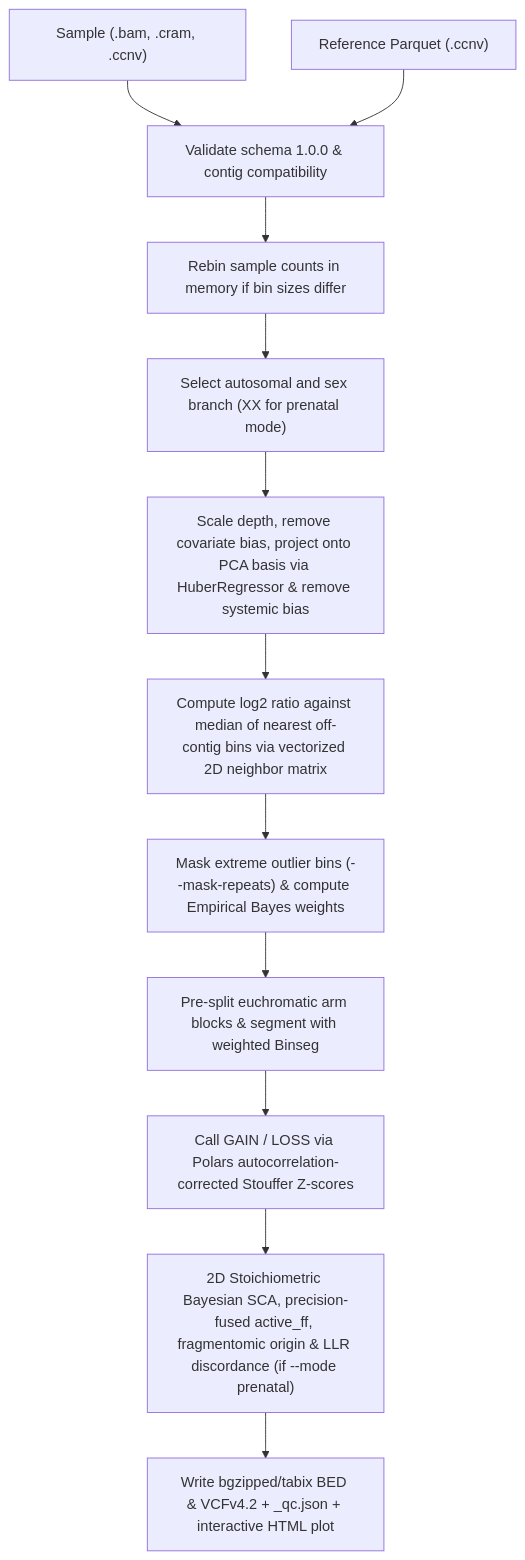
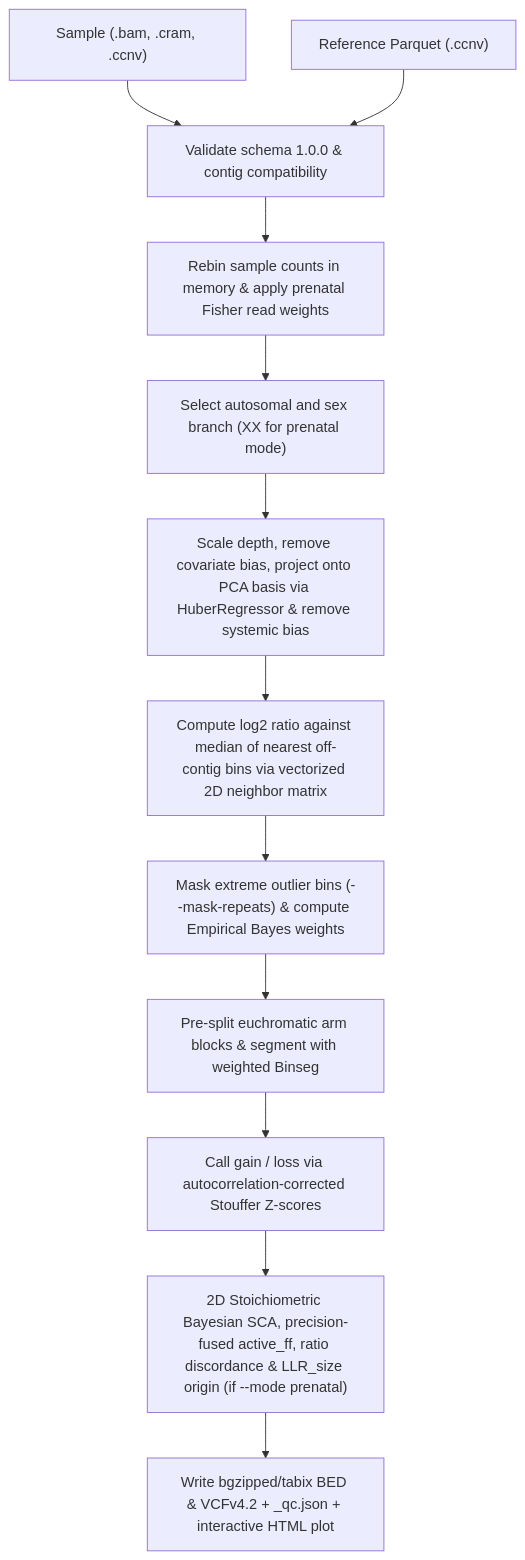
The fourth of 4 diagrams in docs/pipeline.md (matthdsm/ccnv), drawn with Mermaid before and after one commit. The commit also changed other lines of this file and 19 other files, not shown here.

````diff
--- a/docs/pipeline.md
+++ b/docs/pipeline.md
@@ -93,14 +95,14 @@
 ```mermaid
 flowchart TD
     InSample["Sample (.bam, .cram, .ccnv)"] --> LoadCompat["Validate schema 1.0.0 & contig compatibility"]
     InRef["Reference Parquet (<reference>.ccnv)"] --> LoadCompat
-    LoadCompat --> RebinCheck["Rebin sample counts in memory if bin sizes differ"]
+    LoadCompat --> RebinCheck["Rebin sample counts in memory & apply prenatal Fisher read weights"]
     RebinCheck --> BranchSelect["Select autosomal and sex branch (XX for prenatal mode)"]
     BranchSelect --> ProjectPCA["Scale depth, remove covariate bias, project onto PCA basis via HuberRegressor & remove systemic bias"]
     ProjectPCA --> MatchNearest["Compute log2 ratio against median of nearest off-contig bins via vectorized 2D neighbor matrix"]
     MatchNearest --> IterativeMask["Mask extreme outlier bins (--mask-repeats) & compute Empirical Bayes weights"]
     IterativeMask --> SegEngine["Pre-split euchromatic arm blocks & segment with weighted Binseg"]
-    SegEngine --> CallEvents["Call GAIN / LOSS via Polars autocorrelation-corrected Stouffer Z-scores"]
-    CallEvents --> PrenatalAnnot["2D Stoichiometric Bayesian SCA, precision-fused active_ff, fragmentomic origin & LLR discordance (if --mode prenatal)"]
+    SegEngine --> CallEvents["Call gain / loss via autocorrelation-corrected Stouffer Z-scores"]
+    CallEvents --> PrenatalAnnot["2D Stoichiometric Bayesian SCA, precision-fused active_ff, ratio discordance & LLR_size origin (if --mode prenatal)"]
     PrenatalAnnot --> Outputs["Write bgzipped/tabix BED & VCFv4.2 + _qc.json + interactive HTML plot"]
 ```
````
